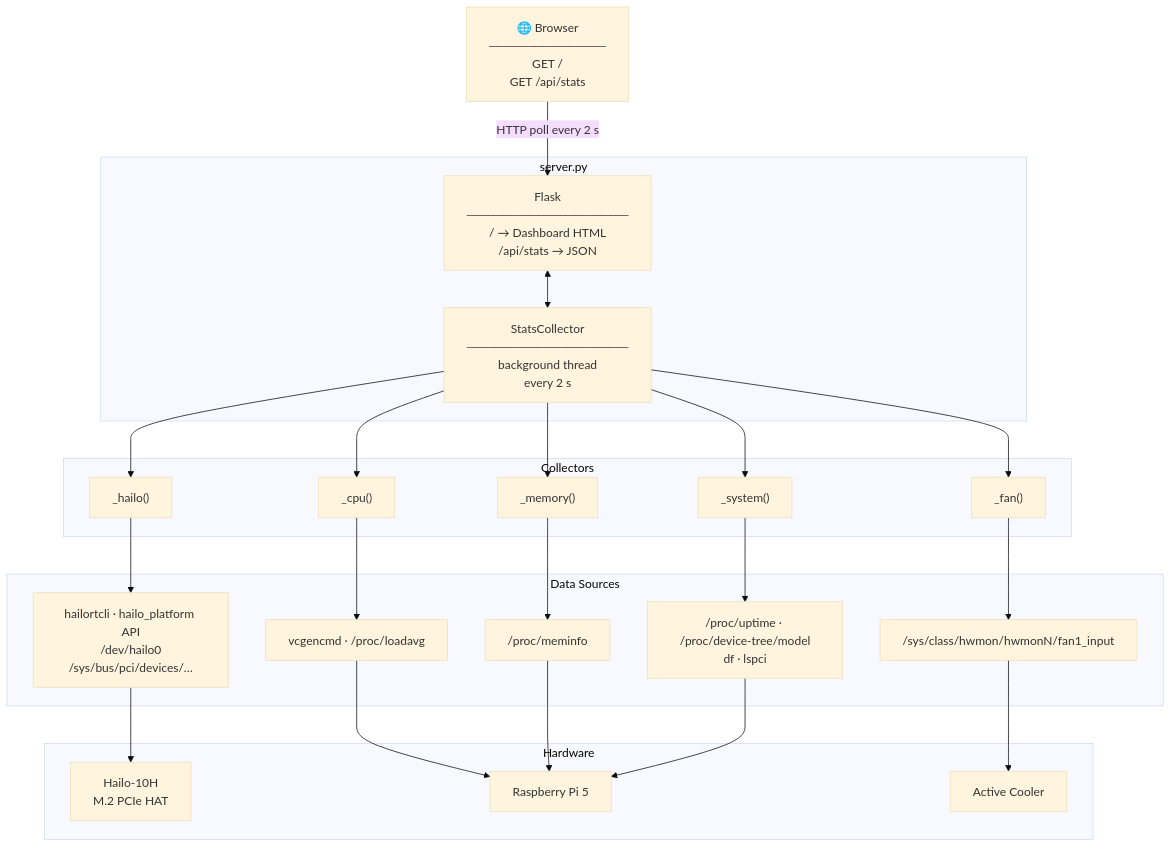
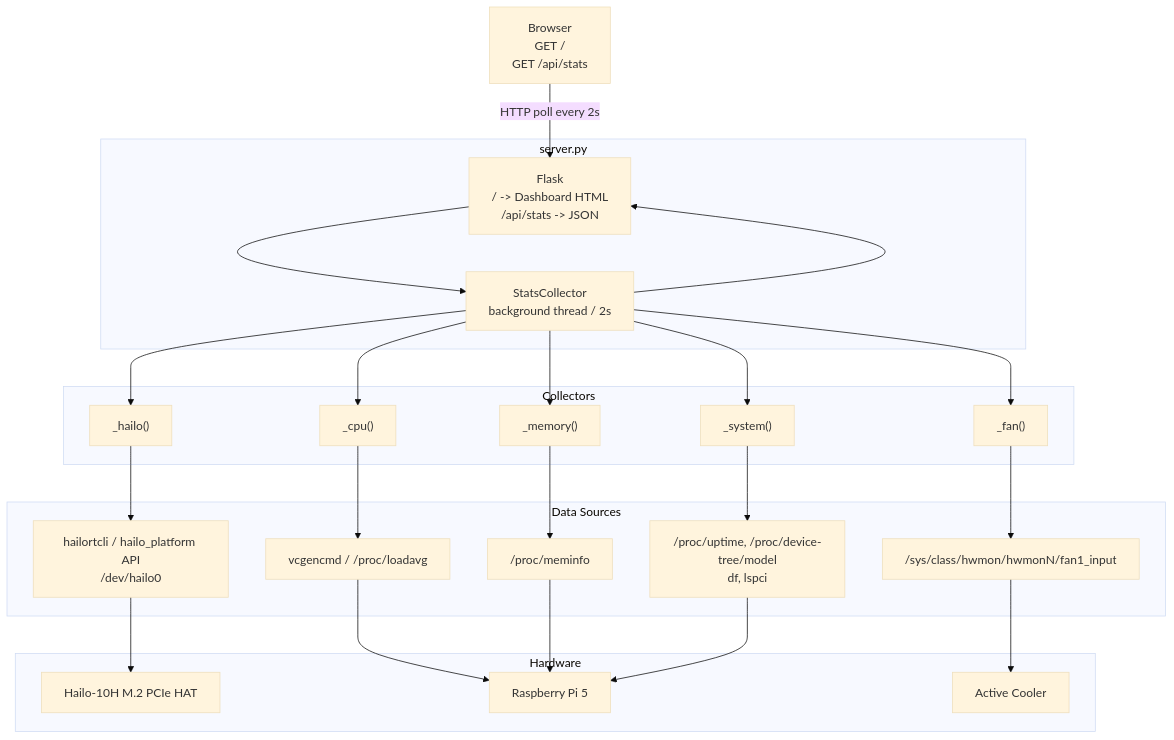
The diagram in README.md (kristoffersingleton/RPI-Hailo-10H-Web-Dashboard), drawn with Mermaid (base theme) before and after one commit. The commit also changed other lines of this file, not shown here.

Commit message:
fix: repair Mermaid diagram rendering and Markdown issues
- Add blank lines around `---` thematic break so it is not ambiguous
- Close unclosed italic (`*attempt...*`) in raspi-dash callout
- Rewrite Mermaid diagram with safe, portable syntax: replace \n with
  <br/>, remove box-drawing/emoji/Unicode arrow chars, replace <-->
  bidirectional arrow and & multi-target syntax with explicit edges

````diff
--- a/README.md
+++ b/README.md
@@ -37,40 +39,45 @@
 ```mermaid
 flowchart TD
-    Browser["🌐 Browser\n─────────────\nGET /\nGET /api/stats"]
+    Browser["Browser<br/>GET /<br/>GET /api/stats"]
 
     subgraph server["server.py"]
-        Flask["Flask\n──────────────────\n/ → Dashboard HTML\n/api/stats → JSON"]
-        Collector["StatsCollector\n──────────────────\nbackground thread\nevery 2 s"]
+        Flask["Flask<br/>/ -&gt; Dashboard HTML<br/>/api/stats -&gt; JSON"]
+        Collector["StatsCollector<br/>background thread / 2s"]
     end
 
     subgraph collectors["Collectors"]
         H["_hailo()"]
         C["_cpu()"]
         M["_memory()"]
         F["_fan()"]
         S["_system()"]
     end
 
     subgraph sources["Data Sources"]
-        SRC_H["hailortcli · hailo_platform API\n/dev/hailo0\n/sys/bus/pci/devices/…"]
-        SRC_C["vcgencmd · /proc/loadavg"]
+        SRC_H["hailortcli / hailo_platform API<br/>/dev/hailo0"]
+        SRC_C["vcgencmd / /proc/loadavg"]
         SRC_M["/proc/meminfo"]
         SRC_F["/sys/class/hwmon/hwmonN/fan1_input"]
-        SRC_S["/proc/uptime · /proc/device-tree/model\ndf · lspci"]
+        SRC_S["/proc/uptime, /proc/device-tree/model<br/>df, lspci"]
     end
 
     subgraph hw["Hardware"]
-        HAILO["Hailo-10H\nM.2 PCIe HAT"]
+        HAILO["Hailo-10H M.2 PCIe HAT"]
         PI["Raspberry Pi 5"]
         FAN["Active Cooler"]
     end
 
-    Browser -->|"HTTP poll every 2 s"| Flask
-    Flask <--> Collector
-    Collector --> H & C & M & F & S
+    Browser -->|"HTTP poll every 2s"| Flask
+    Flask --> Collector
+    Collector --> Flask
+    Collector --> H
+    Collector --> C
+    Collector --> M
+    Collector --> F
+    Collector --> S
     H --> SRC_H --> HAILO
     C --> SRC_C --> PI
     M --> SRC_M --> PI
     F --> SRC_F --> FAN
     S --> SRC_S --> PI
 ```
````
